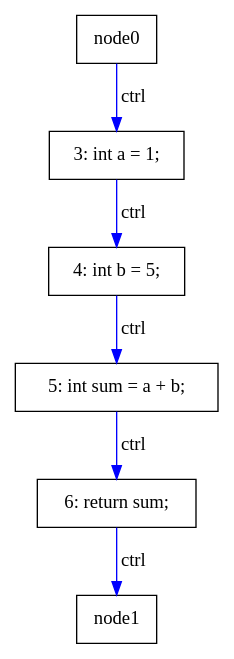
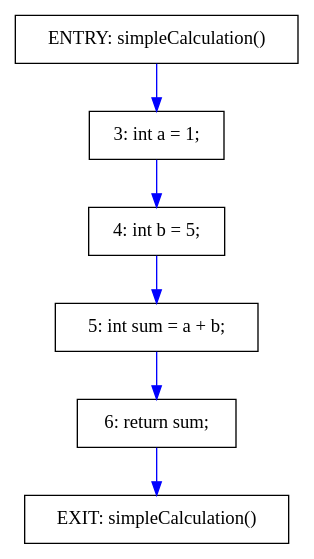
One commit to khaser/java-pdg changed the diagram in results/SimpleCalculation.dot. Above: the diagram before and after it, drawn with Graphviz. The commit also changed 21 other files, not shown here.

```diff
--- a/results/SimpleCalculation.dot
+++ b/results/SimpleCalculation.dot
@@ -1,15 +1,17 @@
 digraph PDG {
   rankdir=TB;
   node [shape=box];
 
+  node0 [label="ENTRY: simpleCalculation()"];
+  node1 [label="EXIT: simpleCalculation()"];
   node2 [label="3: int a = 1;"];
   node3 [label="4: int b = 5;"];
   node4 [label="5: int sum = a + b;"];
   node5 [label="6: return sum;"];
 
-  node0 -> node2 [label="ctrl", color=blue];
-  node2 -> node3 [label="ctrl", color=blue];
-  node3 -> node4 [label="ctrl", color=blue];
-  node4 -> node5 [label="ctrl", color=blue];
-  node5 -> node1 [label="ctrl", color=blue];
+  node0 -> node2 [label="", color=blue];
+  node2 -> node3 [label="", color=blue];
+  node3 -> node4 [label="", color=blue];
+  node4 -> node5 [label="", color=blue];
+  node5 -> node1 [label="", color=blue];
 }
```
